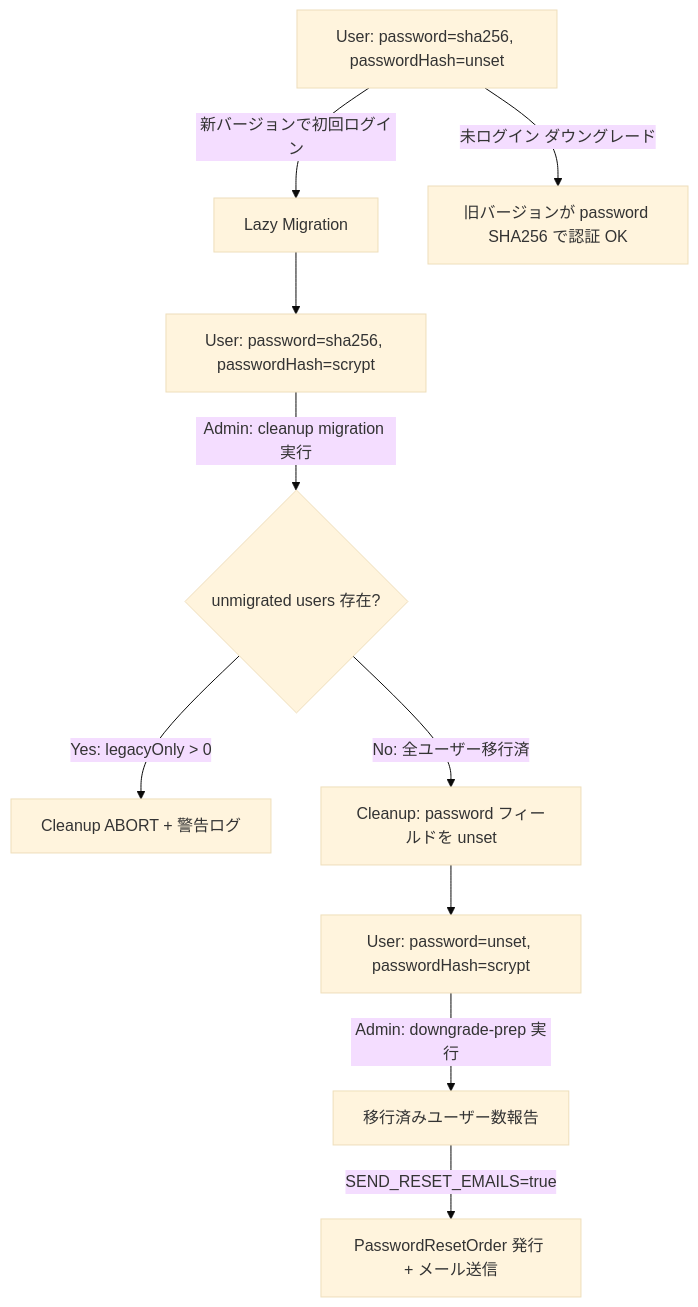
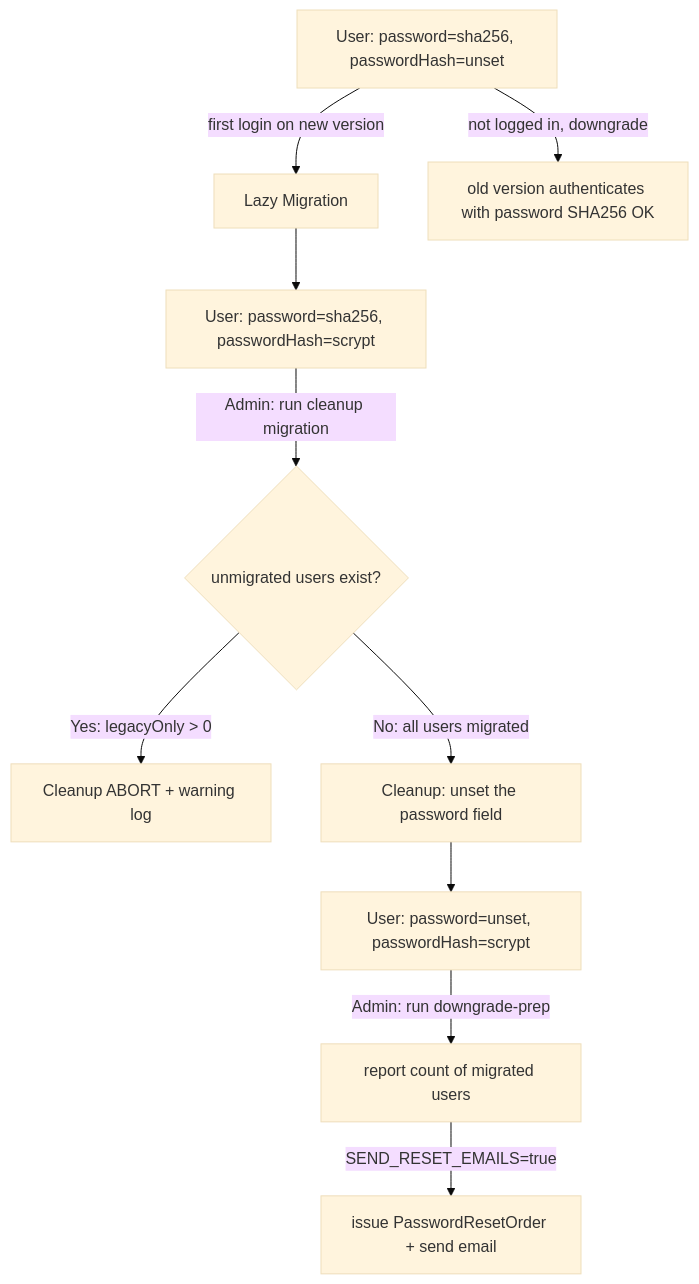
Before and after one commit to growilabs/growi: the third of 4 diagrams in .kiro/specs/password-hash-upgrade/design.md, drawn with Mermaid (base theme). The commit also changed other lines of this file and 4 other files, not shown here.

First line of the commit message:
docs(password-hash-upgrade): translate spec to English (language=en)

````diff
--- a/.kiro/specs/password-hash-upgrade/design.md
+++ b/.kiro/specs/password-hash-upgrade/design.md
@@ -236,12 +236,12 @@
 ```mermaid
 flowchart TD
-    A[User: password=sha256, passwordHash=unset] -->|新バージョンで初回ログイン| B[Lazy Migration]
+    A[User: password=sha256, passwordHash=unset] -->|first login on new version| B[Lazy Migration]
     B --> C[User: password=sha256, passwordHash=scrypt]
-    C -->|Admin: cleanup migration 実行| D{unmigrated users 存在?}
-    D -->|Yes: legacyOnly > 0| E[Cleanup ABORT + 警告ログ]
-    D -->|No: 全ユーザー移行済| F[Cleanup: password フィールドを unset]
+    C -->|Admin: run cleanup migration| D{unmigrated users exist?}
+    D -->|Yes: legacyOnly > 0| E[Cleanup ABORT + warning log]
+    D -->|No: all users migrated| F[Cleanup: unset the password field]
     F --> G[User: password=unset, passwordHash=scrypt]
-    G -->|Admin: downgrade-prep 実行| H[移行済みユーザー数報告]
-    H -->|SEND_RESET_EMAILS=true| I[PasswordResetOrder 発行 + メール送信]
-    A -->|未ログイン ダウングレード| A2[旧バージョンが password SHA256 で認証 OK]
+    G -->|Admin: run downgrade-prep| H[report count of migrated users]
+    H -->|SEND_RESET_EMAILS=true| I[issue PasswordResetOrder + send email]
+    A -->|not logged in, downgrade| A2[old version authenticates with password SHA256 OK]
 ```
````
